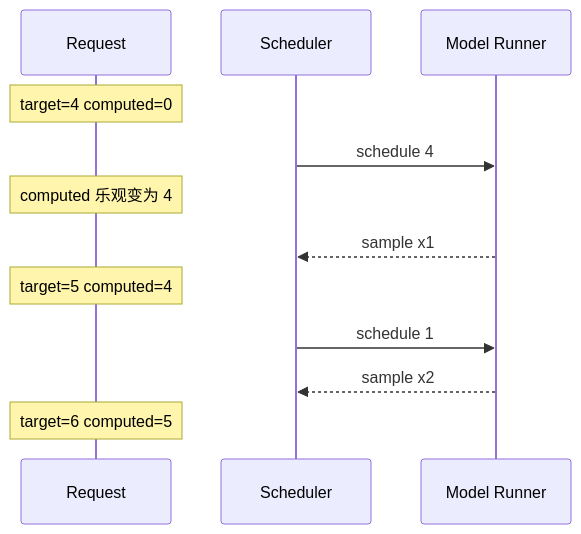
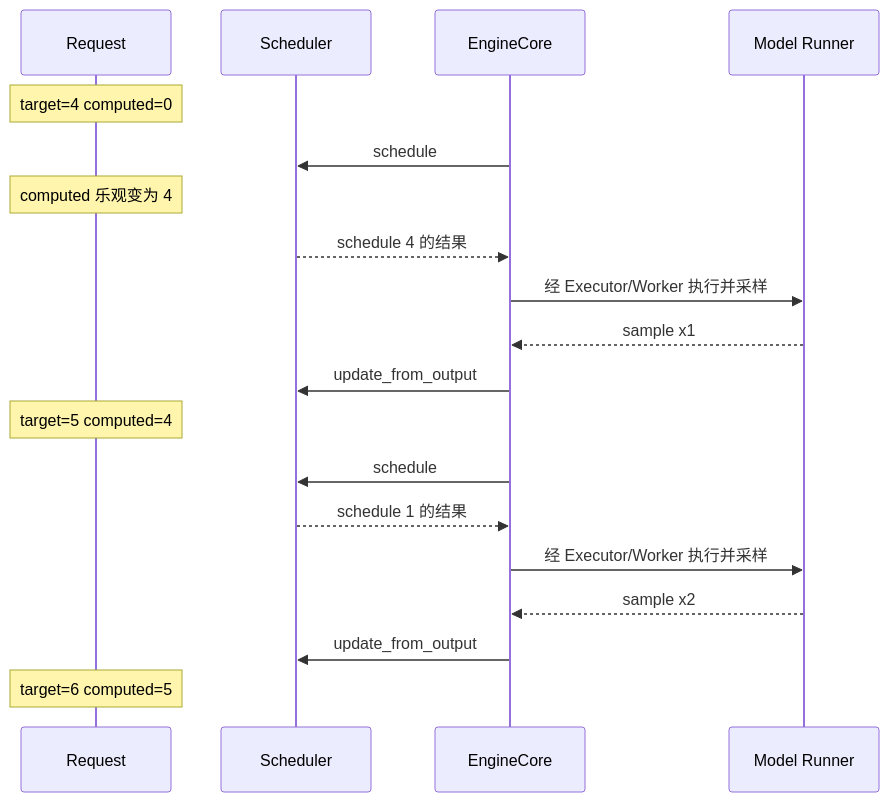
The sixth of 26 diagrams in book/04-scheduler/README.md (cluster1900/vllm_reader), drawn with Mermaid before and after one commit. The commit also changed other lines of this file and 38 other files, not shown here.

````diff
--- a/book/04-scheduler/README.md
+++ b/book/04-scheduler/README.md
@@ -320,14 +350,21 @@
 ```mermaid
 sequenceDiagram
     participant R as Request
     participant S as Scheduler
+    participant EC as EngineCore
     participant M as Model Runner
     Note over R: target=4 computed=0
-    S->>M: schedule 4
+    EC->>S: schedule
     Note over R: computed 乐观变为 4
-    M-->>S: sample x1
+    S-->>EC: schedule 4 的结果
+    EC->>M: 经 Executor/Worker 执行并采样
+    M-->>EC: sample x1
+    EC->>S: update_from_output
     Note over R: target=5 computed=4
-    S->>M: schedule 1
-    M-->>S: sample x2
+    EC->>S: schedule
+    S-->>EC: schedule 1 的结果
+    EC->>M: 经 Executor/Worker 执行并采样
+    M-->>EC: sample x2
+    EC->>S: update_from_output
     Note over R: target=6 computed=5
 ```
````
